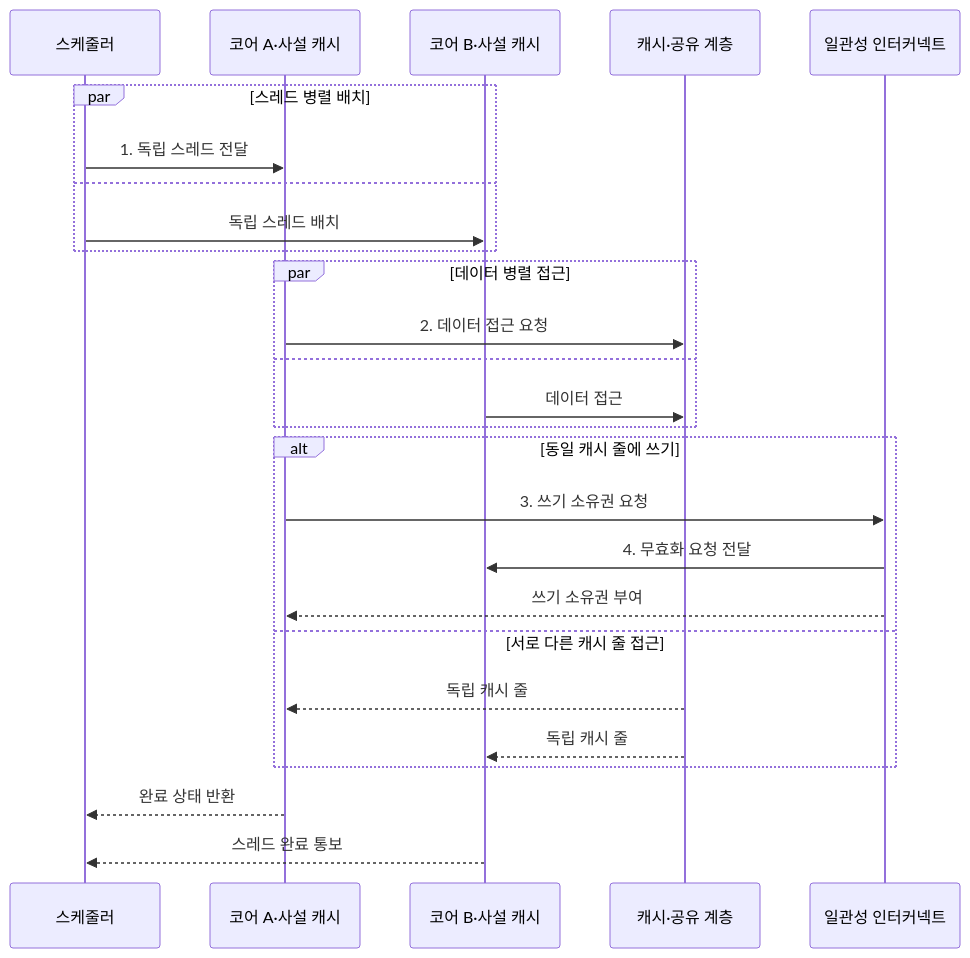
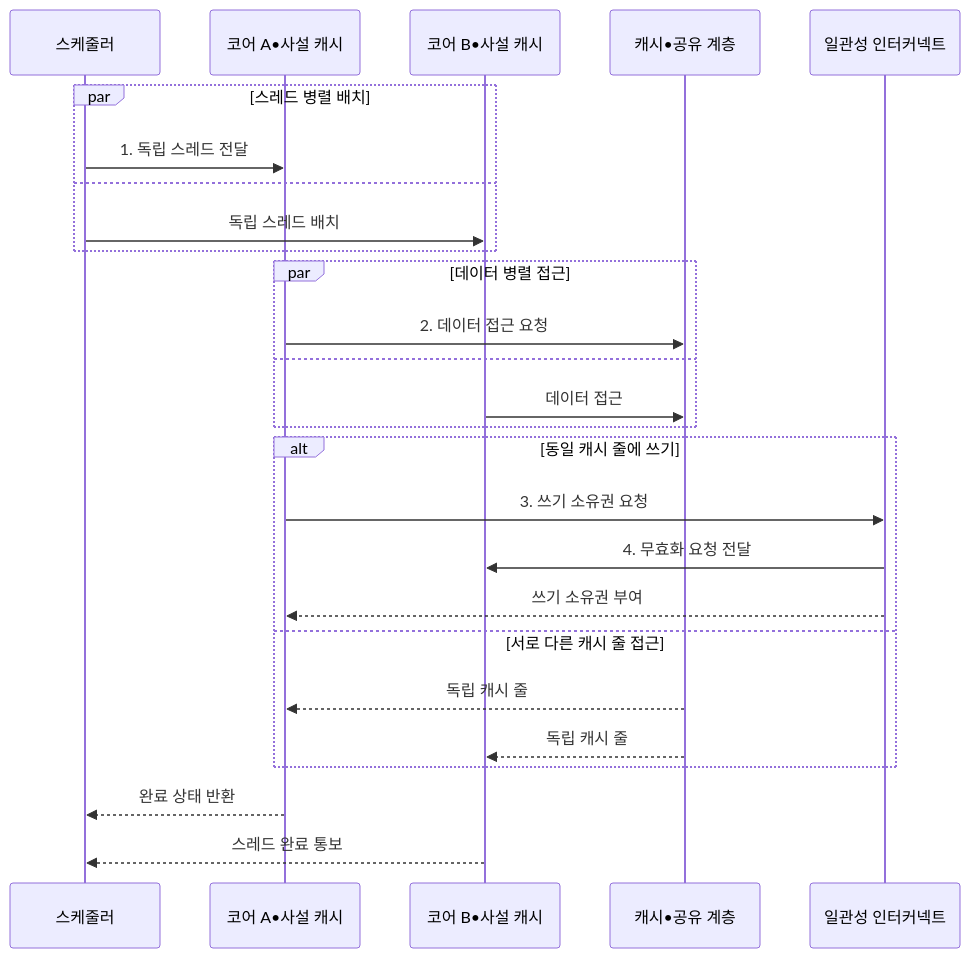
One commit to agnusdei1207/knowledge-base changed the second of 2 diagrams in src/content/docs/notes/02-hardware/010_multicore_processor.md. Above: the diagram before and after it, drawn with Mermaid. The commit also changed other lines of this file and 953 other files, not shown here.

````diff
--- a/src/content/docs/notes/02-hardware/010_multicore_processor.md
+++ b/src/content/docs/notes/02-hardware/010_multicore_processor.md
@@ -100,29 +100,29 @@
 ```mermaid
 sequenceDiagram
     participant S as 스케줄러
-    participant A as 코어 A·사설 캐시
-    participant B as 코어 B·사설 캐시
-    participant L as 캐시·공유 계층
+    participant A as 코어 A•사설 캐시
+    participant B as 코어 B•사설 캐시
+    participant L as 캐시•공유 계층
     participant I as 일관성 인터커넥트
 
     par 스레드 병렬 배치
         S->>A: 1. 독립 스레드 전달
     and
         S->>B: 독립 스레드 배치
     end
     par 데이터 병렬 접근
         A->>L: 2. 데이터 접근 요청
     and
         B->>L: 데이터 접근
     end
     alt 동일 캐시 줄에 쓰기
         A->>I: 3. 쓰기 소유권 요청
         I->>B: 4. 무효화 요청 전달
         I-->>A: 쓰기 소유권 부여
     else 서로 다른 캐시 줄 접근
         L-->>A: 독립 캐시 줄
         L-->>B: 독립 캐시 줄
     end
     A-->>S: 완료 상태 반환
     B-->>S: 스레드 완료 통보
 ```
````
